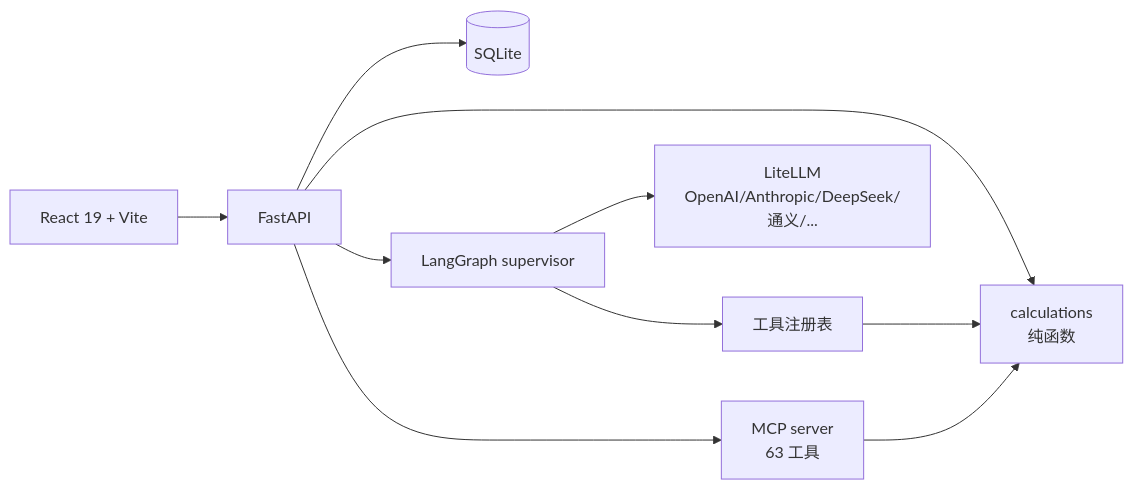
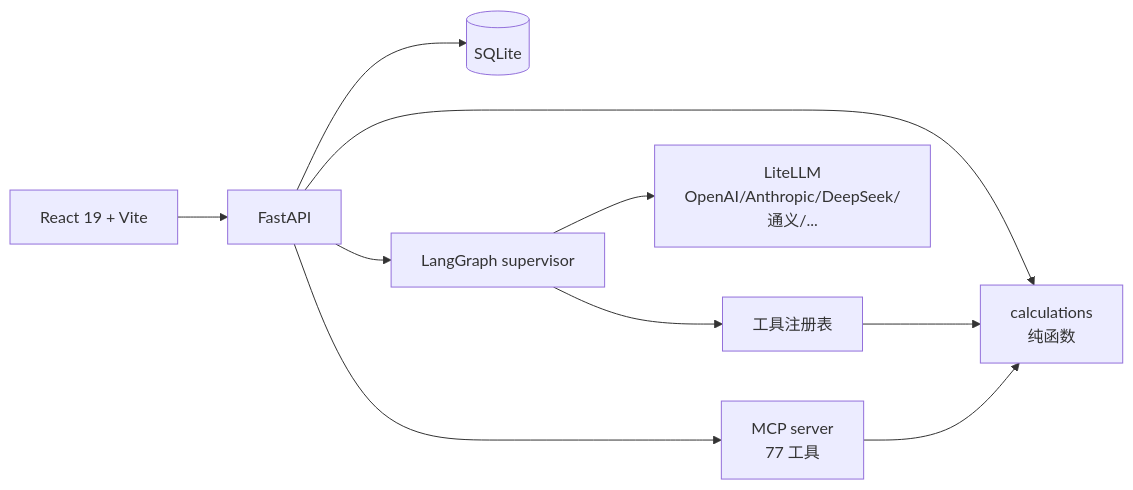
The diagram in README.zh.md (badhope/moneyhelper), drawn with Mermaid before and after one commit. The commit also changed other lines of this file and 18 other files, not shown here.

````diff
--- a/README.zh.md
+++ b/README.zh.md
@@ -124,12 +124,12 @@
 ```mermaid
 flowchart LR
   UI[React 19 + Vite] --> API[FastAPI]
   API --> CALC[calculations<br/>纯函数]
   API --> DB[(SQLite)]
   API --> AGENT[LangGraph supervisor]
   AGENT --> TOOLS[工具注册表]
   TOOLS --> CALC
   AGENT --> LLM[LiteLLM<br/>OpenAI/Anthropic/DeepSeek/通义/...]
-  API --> MCP[MCP server<br/>63 工具]
+  API --> MCP[MCP server<br/>77 工具]
   MCP --> CALC
 ```
````
